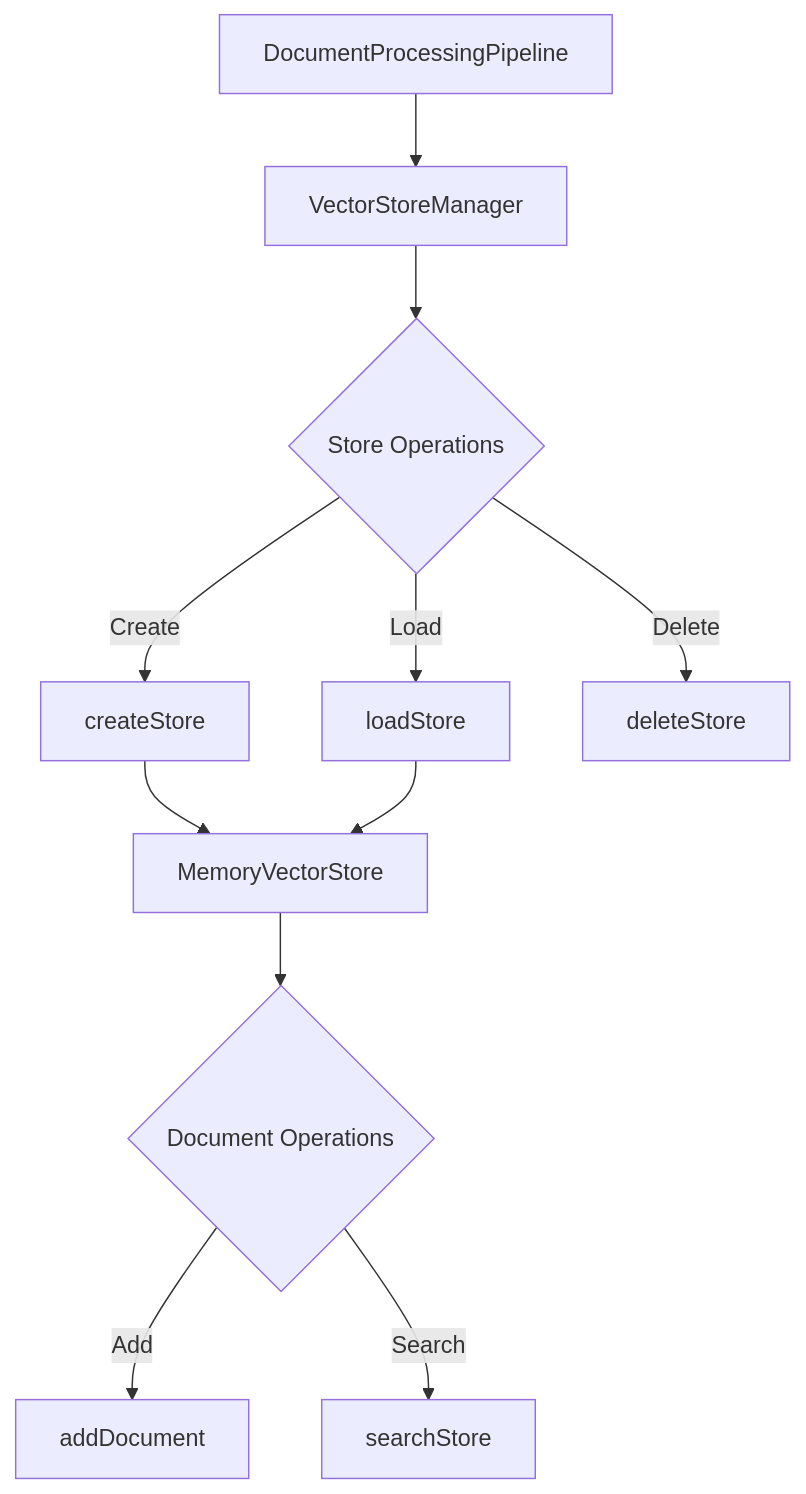
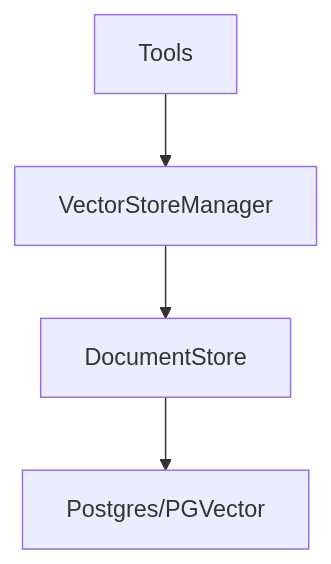
The second of 2 diagrams in ARCHITECTURE.md (theshadow27/docs-mcp-server), drawn with Mermaid before and after one commit. The commit also changed other lines of this file and 19 other files, not shown here.

First line of the commit message:
refactor: Implement layered vector store architecture

````diff
--- a/ARCHITECTURE.md
+++ b/ARCHITECTURE.md
@@ -252,12 +252,6 @@
 ```mermaid
 graph TD
-    A[DocumentProcessingPipeline] --> B[VectorStoreManager]
-    B --> C{Store Operations}
-    C -->|Create| D[createStore]
-    C -->|Load| E[loadStore]
-    C -->|Delete| F[deleteStore]
-    D & E --> G[MemoryVectorStore]
-    G --> H{Document Operations}
-    H -->|Add| I[addDocument]
-    H -->|Search| J[searchStore]
+    A[Tools] --> B[VectorStoreManager]
+    B --> C[DocumentStore]
+    C --> D[Postgres/PGVector]
 ```
````
